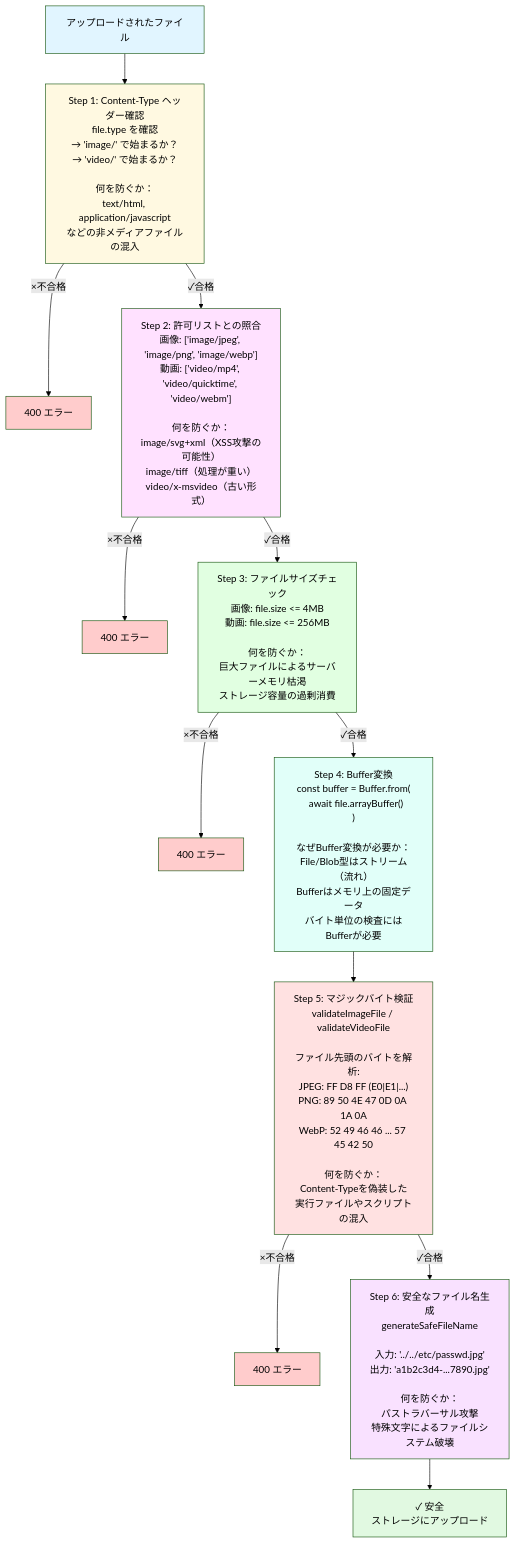
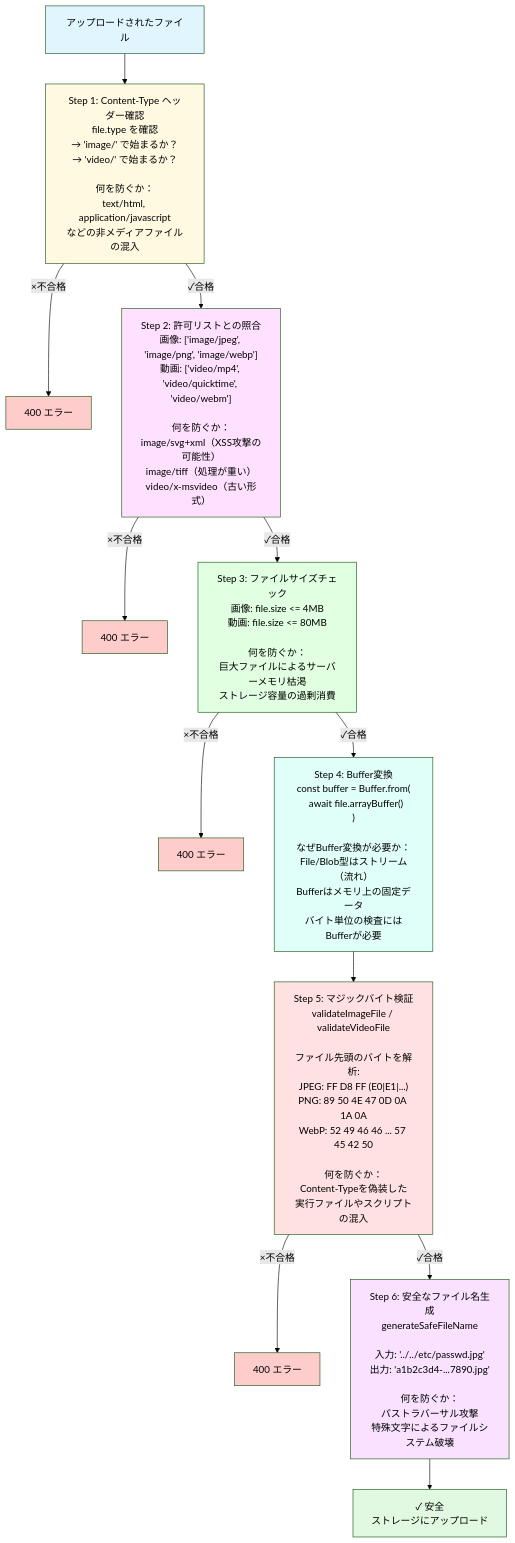
Before and after one commit to oltotlo79-rgb/Bon_Log_cfw: diagram 13 of 24 in docs/tutorial/11_upload.md, drawn with Mermaid (forest theme). The commit also changed other lines of this file and 35 other files, not shown here.

````diff
--- a/docs/tutorial/11_upload.md
+++ b/docs/tutorial/11_upload.md
@@ -4250,33 +4250,33 @@
 ```mermaid
 flowchart TD
     Start["アップロードされたファイル"] --> Step1["Step 1: Content-Type ヘッダー確認<br/>file.type を確認<br/>→ 'image/' で始まるか？<br/>→ 'video/' で始まるか？<br/><br/>何を防ぐか：<br/>text/html, application/javascript<br/>などの非メディアファイルの混入"]
 
     Step1 -->|×不合格| E1["400 エラー"]
     Step1 -->|✓合格| Step2["Step 2: 許可リストとの照合<br/>画像: ['image/jpeg', 'image/png', 'image/webp']<br/>動画: ['video/mp4', 'video/quicktime', 'video/webm']<br/><br/>何を防ぐか：<br/>image/svg+xml（XSS攻撃の可能性）<br/>image/tiff（処理が重い）<br/>video/x-msvideo（古い形式）"]
 
     Step2 -->|×不合格| E2["400 エラー"]
-    Step2 -->|✓合格| Step3["Step 3: ファイルサイズチェック<br/>画像: file.size &lt;= 4MB<br/>動画: file.size &lt;= 256MB<br/><br/>何を防ぐか：<br/>巨大ファイルによるサーバーメモリ枯渇<br/>ストレージ容量の過剰消費"]
+    Step2 -->|✓合格| Step3["Step 3: ファイルサイズチェック<br/>画像: file.size &lt;= 4MB<br/>動画: file.size &lt;= 80MB<br/><br/>何を防ぐか：<br/>巨大ファイルによるサーバーメモリ枯渇<br/>ストレージ容量の過剰消費"]
 
     Step3 -->|×不合格| E3["400 エラー"]
     Step3 -->|✓合格| Step4["Step 4: Buffer変換<br/>const buffer = Buffer.from(<br/>  await file.arrayBuffer()<br/>)<br/><br/>なぜBuffer変換が必要か：<br/>File/Blob型はストリーム（流れ）<br/>Bufferはメモリ上の固定データ<br/>バイト単位の検査にはBufferが必要"]
 
     Step4 --> Step5["Step 5: マジックバイト検証<br/>validateImageFile / validateVideoFile<br/><br/>ファイル先頭のバイトを解析:<br/>JPEG: FF D8 FF (E0|E1|...)<br/>PNG: 89 50 4E 47 0D 0A 1A 0A<br/>WebP: 52 49 46 46 ... 57 45 42 50<br/><br/>何を防ぐか：<br/>Content-Typeを偽装した<br/>実行ファイルやスクリプトの混入"]
 
     Step5 -->|×不合格| E4["400 エラー"]
     Step5 -->|✓合格| Step6["Step 6: 安全なファイル名生成<br/>generateSafeFileName<br/><br/>入力: '../../etc/passwd.jpg'<br/>出力: 'a1b2c3d4-...7890.jpg'<br/><br/>何を防ぐか：<br/>パストラバーサル攻撃<br/>特殊文字によるファイルシステム破壊"]
 
     Step6 --> Success["✓ 安全<br/>ストレージにアップロード"]
 
     style Start fill:#e1f5ff
     style Step1 fill:#fff9e1
     style Step2 fill:#ffe1ff
     style Step3 fill:#e1ffe1
     style Step4 fill:#e1fff9
     style Step5 fill:#ffe1e1
     style Step6 fill:#f9e1ff
     style Success fill:#e1f9e1
     style E1 fill:#ffcccc
     style E2 fill:#ffcccc
     style E3 fill:#ffcccc
     style E4 fill:#ffcccc
 ```
````
